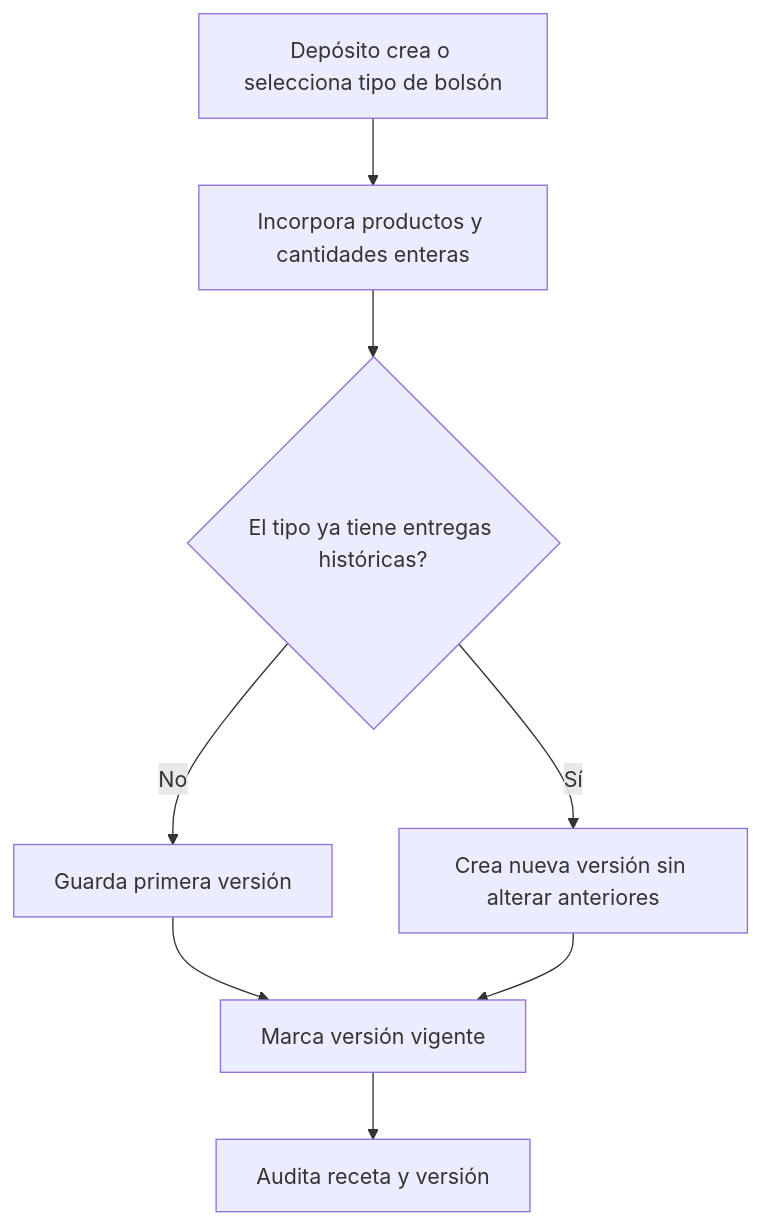
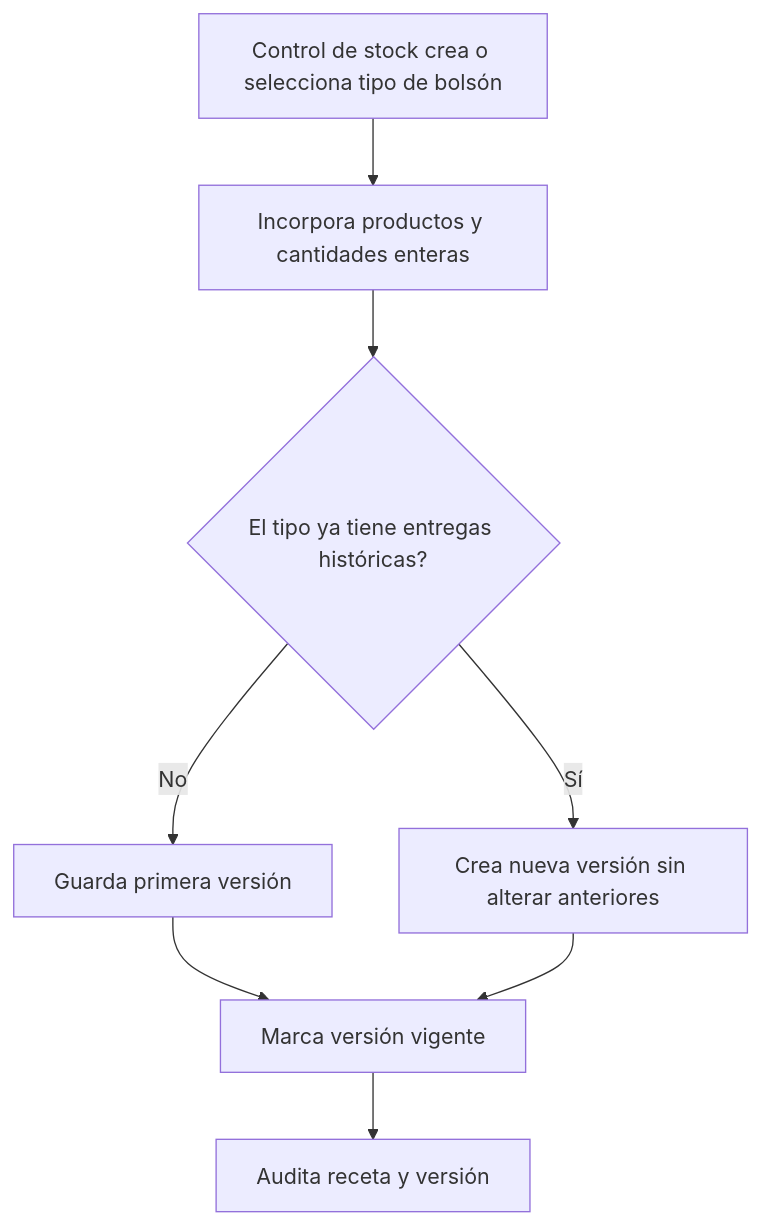
Before and after one commit to MuniSanBenito/SIGAS: the fifth of 9 diagrams in docs/05-FLUJOS-DE-PROCESOS.md, drawn with Mermaid. The commit also changed other lines of this file and 21 other files, not shown here.

Commit message:
feat: rename roles from "Depósito/Gestión de grupos" to "Control de stock/Administración" and restrict delivery confirmation to admin

````diff
--- a/docs/05-FLUJOS-DE-PROCESOS.md
+++ b/docs/05-FLUJOS-DE-PROCESOS.md
@@ -73,10 +73,10 @@
 ```mermaid
 flowchart TD
-    A[Depósito crea o selecciona tipo de bolsón] --> B[Incorpora productos y cantidades enteras]
+    A[Control de stock crea o selecciona tipo de bolsón] --> B[Incorpora productos y cantidades enteras]
     B --> C{El tipo ya tiene entregas históricas?}
     C -- No --> D[Guarda primera versión]
     C -- Sí --> E[Crea nueva versión sin alterar anteriores]
     D --> F[Marca versión vigente]
     E --> F
     F --> G[Audita receta y versión]
 ```
````
